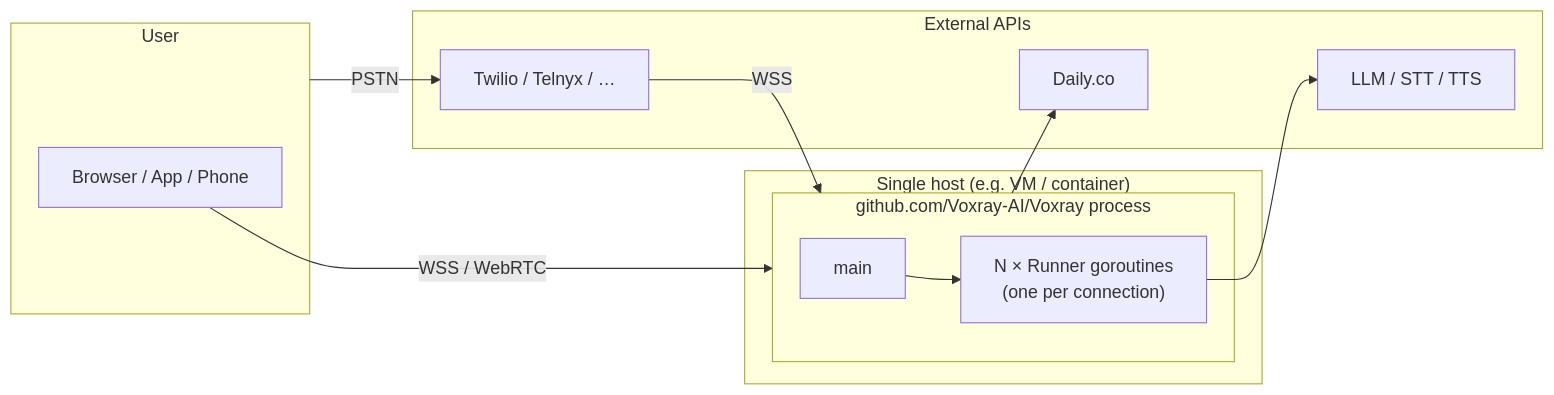
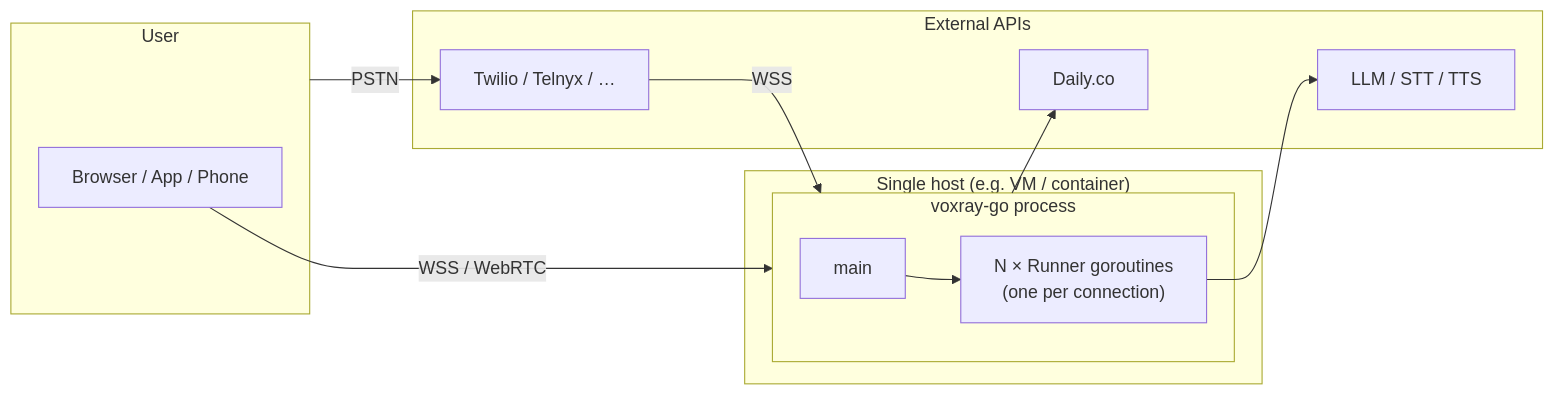
Before and after one commit to Voxray-AI/Voxray: the fourth of 4 diagrams in docs/SYSTEM_ARCHITECTURE.md, drawn with Mermaid. The commit also changed other lines of this file and 56 other files, not shown here.

````diff
--- a/docs/SYSTEM_ARCHITECTURE.md
+++ b/docs/SYSTEM_ARCHITECTURE.md
@@ -215,26 +215,26 @@
 ```mermaid
 flowchart LR
     subgraph User["User"]
         Browser["Browser / App / Phone"]
     end
 
     subgraph Host["Single host (e.g. VM / container)"]
-        subgraph Process["github.com/Voxray-AI/Voxray process"]
+        subgraph Process["voxray-go process"]
             Main["main"]
             Workers["N × Runner goroutines\n(one per connection)"]
         end
     end
 
     subgraph Cloud["External APIs"]
         APIs["LLM / STT / TTS"]
         Daily["Daily.co"]
         Telco["Twilio / Telnyx / …"]
     end
 
     Browser -->|"WSS / WebRTC"| Process
     Main --> Workers
     Workers --> APIs
     Process --> Daily
     User -->|"PSTN"| Telco
     Telco -->|"WSS"| Process
 ```
````
